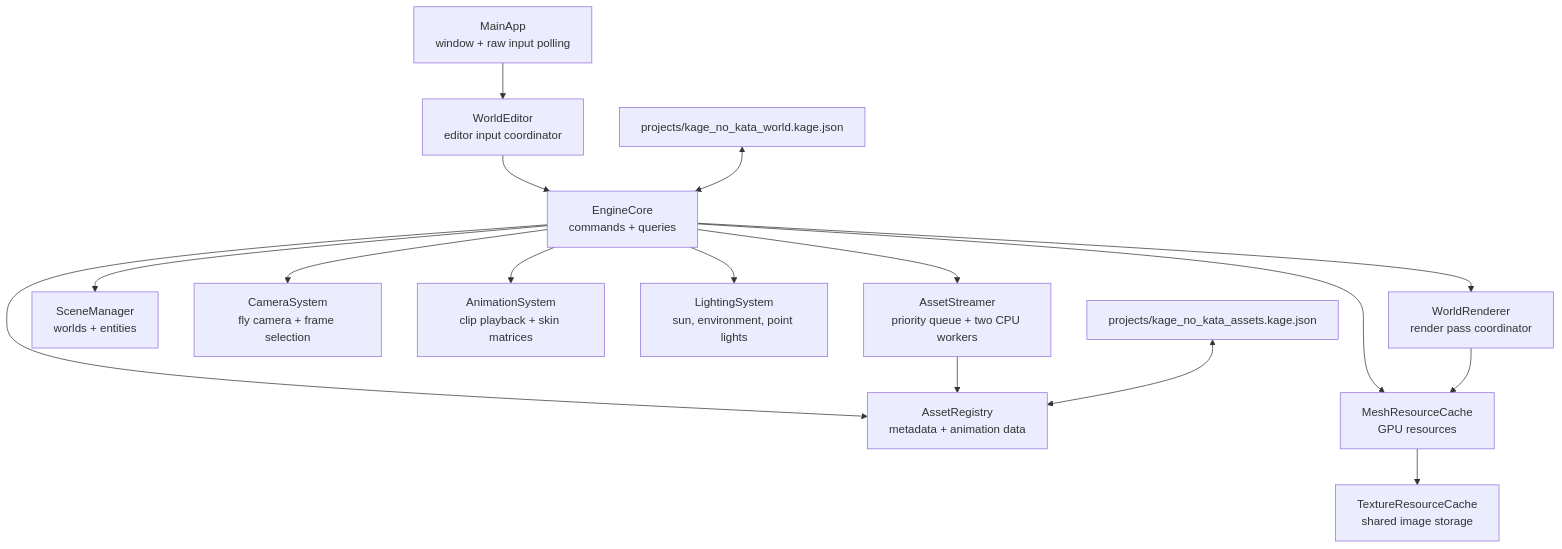
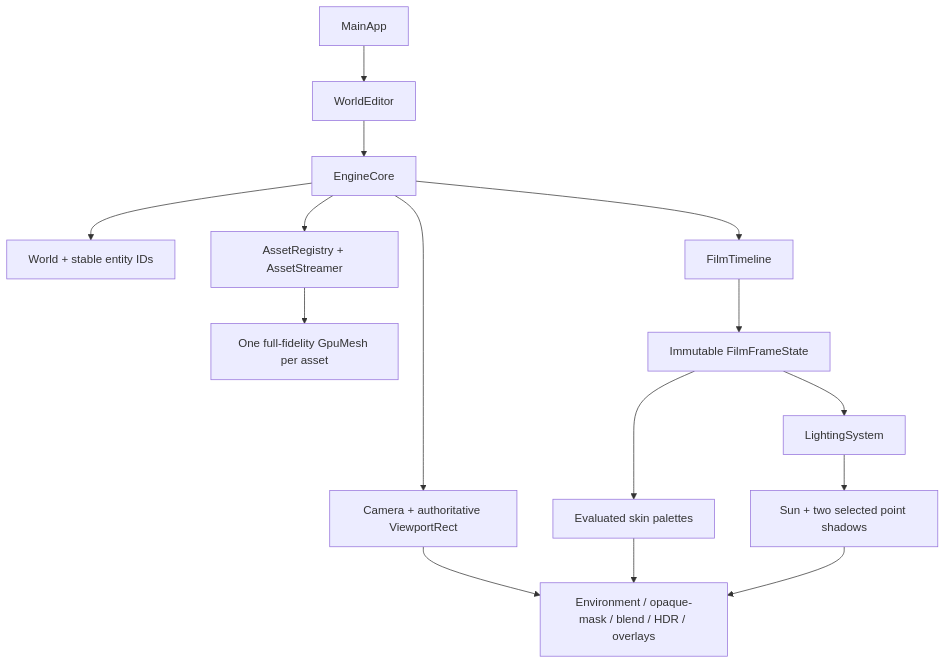
The diagram in docs/ARCHITECTURE.md (GitJestry/Kage-no-Kata-Shortanimation), drawn with Mermaid before and after one commit. The commit also changed other lines of this file and 97 other files, not shown here.

Commit message:
world building and movie animation seperated

````diff
--- a/docs/ARCHITECTURE.md
+++ b/docs/ARCHITECTURE.md
@@ -6,29 +6,14 @@
 ```mermaid
 flowchart TD
-    MainApp["MainApp\nwindow + raw input polling"]
-    Editor["WorldEditor\neditor input coordinator"]
-    Engine["EngineCore\ncommands + queries"]
-    Assets["AssetRegistry\nmetadata + animation data"]
-    Streamer["AssetStreamer\npriority queue + two CPU workers"]
-    MeshCache["MeshResourceCache\nGPU resources"]
-    Textures["TextureResourceCache\nshared image storage"]
-    Scenes["SceneManager\nworlds + entities"]
-    Camera["CameraSystem\nfly camera + frame selection"]
-    Animation["AnimationSystem\nclip playback + skin matrices"]
-    Lighting["LightingSystem\nsun, environment, point lights"]
-    Renderer["WorldRenderer\nrender pass coordinator"]
-    Catalog["projects/kage_no_kata_assets.kage.json"]
-    World["projects/kage_no_kata_world.kage.json"]
-
-    MainApp --> Editor --> Engine
-    Engine --> Assets
-    Engine --> Streamer --> Assets
-    Engine --> MeshCache --> Textures
-    Engine --> Scenes
-    Engine --> Camera
-    Engine --> Animation
-    Engine --> Lighting
-    Engine --> Renderer --> MeshCache
-    Catalog <--> Assets
-    World <--> Engine
+  App["MainApp"] --> Editor["WorldEditor"] --> Engine["EngineCore"]
+  Engine --> World["World + stable entity IDs"]
+  Engine --> Assets["AssetRegistry + AssetStreamer"]
+  Assets --> GPU["One full-fidelity GpuMesh per asset"]
+  Engine --> Timeline["FilmTimeline"] --> Frame["Immutable FilmFrameState"]
+  Frame --> Animation["Evaluated skin palettes"]
+  Frame --> Lighting["LightingSystem"]
+  Engine --> View["Camera + authoritative ViewportRect"]
+  View --> Renderer["Environment / opaque-mask / blend / HDR / overlays"]
+  Animation --> Renderer
+  Lighting --> Shadows["Sun + two selected point shadows"] --> Renderer
 ```
````
